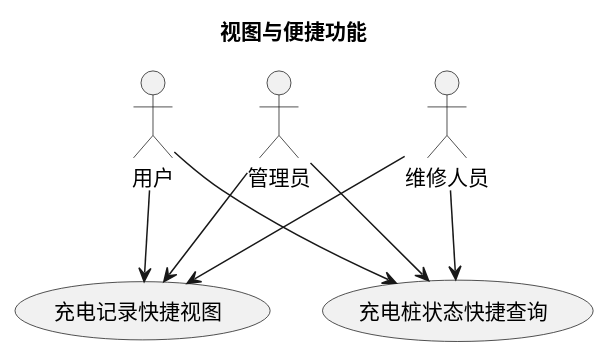
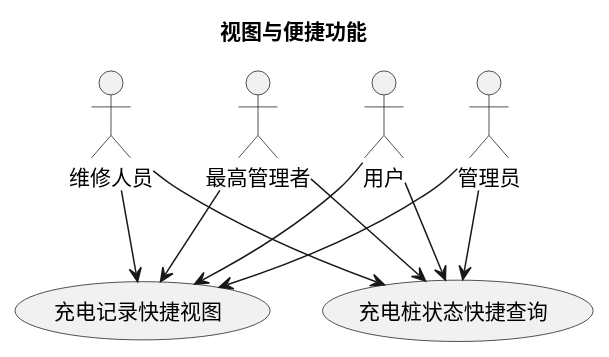
Before and after one commit to greenhandzdl/charging-station-doc: the diagram in usecase/docs/overview/src/view_features.puml, drawn with PlantUML. The commit also changed 25 other files, not shown here.

First line of the commit message:
fix: 第2轮评估修复 — 用例图权限补全、时序图安全注解与HTTPS、密码重置令牌优化

```diff
--- a/usecase/docs/overview/src/view_features.puml
+++ b/usecase/docs/overview/src/view_features.puml
@@ -1,20 +1,23 @@
 @startuml
 skinparam defaultFontName "Noto Sans CJK SC"
 skinparam defaultFontSize 14
 title 视图与便捷功能
 skinparam useCaseShape rectangle
 
 actor "用户" as U
 actor "管理员" as A
 actor "维修人员" as M
+actor "最高管理者" as SA
 
 usecase "充电记录快捷视图" as QV
 usecase "充电桩状态快捷查询" as QC
 
 U --> QV
 U --> QC
 A --> QV
 A --> QC
 M --> QV
 M --> QC
+SA --> QV
+SA --> QC
 @enduml
```
